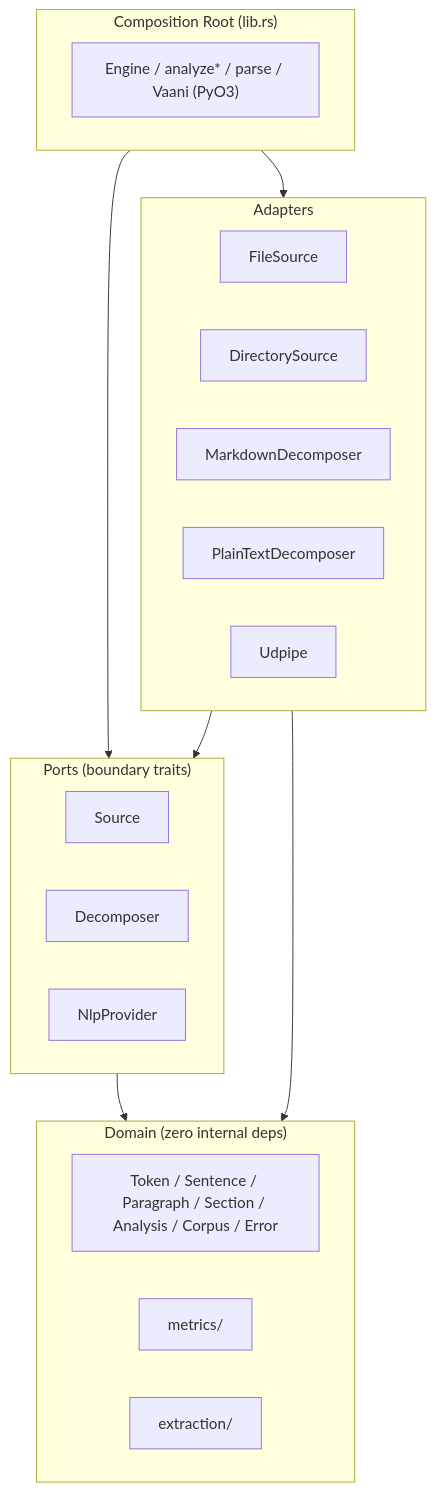
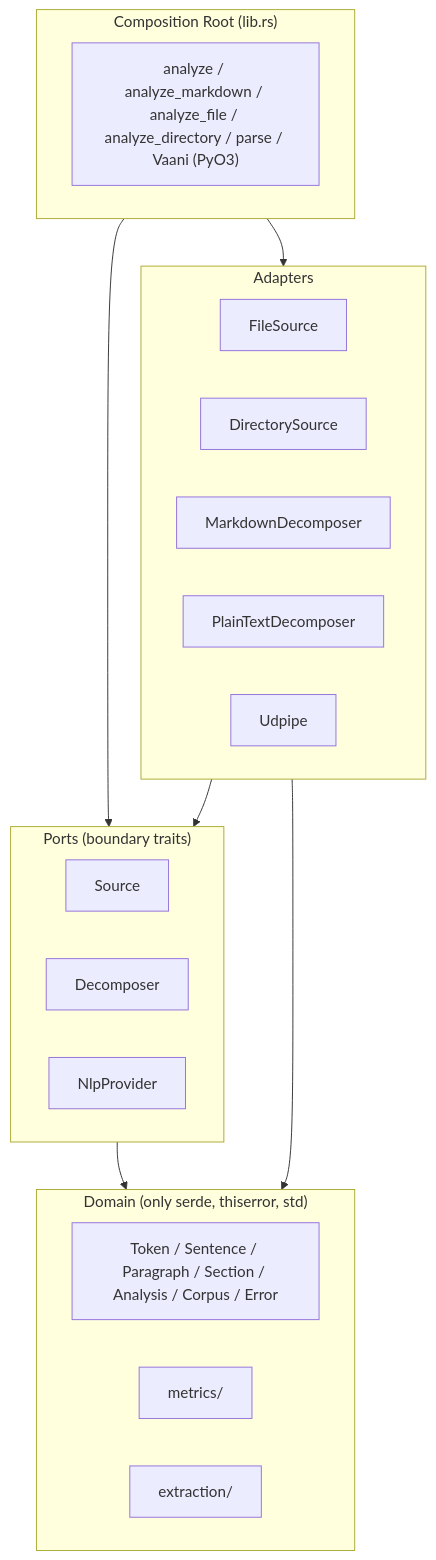
One commit to mox-labs/matra changed the first of 2 diagrams in .claude/arch/architecture.md. Above: the diagram before and after it, drawn with Mermaid. The commit also changed other lines of this file and 13 other files, not shown here.

````diff
--- a/.claude/arch/architecture.md
+++ b/.claude/arch/architecture.md
@@ -7,32 +7,32 @@
 ```mermaid
 flowchart TB
     subgraph composition["Composition Root (lib.rs)"]
-        engine["Engine / analyze* / parse / Vaani (PyO3)"]
+        engine["analyze / analyze_markdown / analyze_file / analyze_directory / parse / Vaani (PyO3)"]
     end
 
     subgraph ports["Ports (boundary traits)"]
         src[Source]
         dec[Decomposer]
         nlp[NlpProvider]
     end
 
     subgraph adapters["Adapters"]
         fs[FileSource]
         ds[DirectorySource]
         md[MarkdownDecomposer]
         pt[PlainTextDecomposer]
         ud[Udpipe]
     end
 
-    subgraph domain["Domain (zero internal deps)"]
+    subgraph domain["Domain (only serde, thiserror, std)"]
         types["Token / Sentence / Paragraph / Section / Analysis / Corpus / Error"]
         metrics[metrics/]
         extraction[extraction/]
     end
 
     composition --> ports
     ports --> domain
     adapters --> ports
     adapters --> domain
     composition --> adapters
 ```
````
